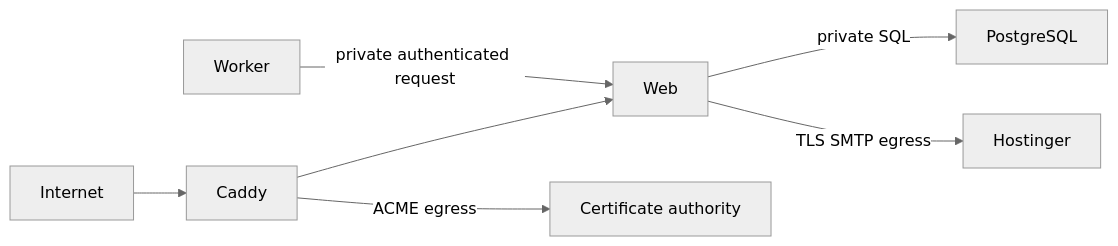
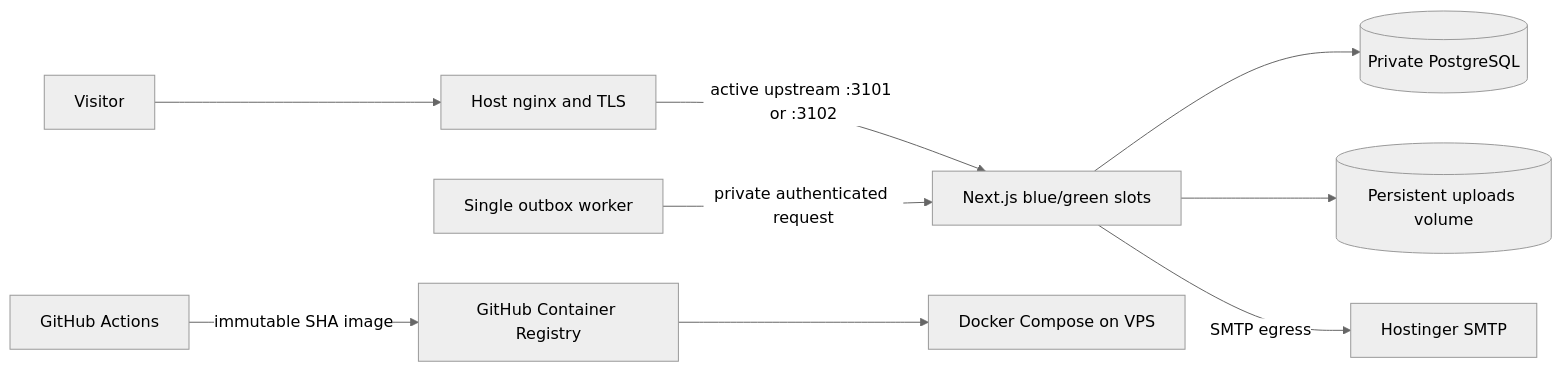
The diagram in docs/phase-4.9-final-production-hardening/02-production-architecture.md (Yousef-Abdallah-1711/rakmyat-site), drawn with Mermaid (neutral theme) before and after one commit. The commit also changed other lines of this file and 16 other files, not shown here.

Commit message:
feat: add Docker dev and blue-green CI/CD

````diff
--- a/docs/phase-4.9-final-production-hardening/02-production-architecture.md
+++ b/docs/phase-4.9-final-production-hardening/02-production-architecture.md
@@ -9,9 +9,11 @@
 ```mermaid
 flowchart LR
-  Internet --> Caddy
-  Caddy --> Web
-  Worker -->|private authenticated request| Web
-  Web -->|private SQL| PostgreSQL
-  Web -->|TLS SMTP egress| Hostinger
-  Caddy -->|ACME egress| CA[Certificate authority]
+  Visitor --> Nginx[Host nginx and TLS]
+  Nginx -->|active upstream :3101 or :3102| App[Next.js blue/green slots]
+  App --> PostgreSQL[(Private PostgreSQL)]
+  App --> Uploads[(Persistent uploads volume)]
+  Worker[Single outbox worker] -->|private authenticated request| App
+  App -->|SMTP egress| Mail[Hostinger SMTP]
+  GitHub[GitHub Actions] -->|immutable SHA image| GHCR[GitHub Container Registry]
+  GHCR --> VPS[Docker Compose on VPS]
 ```
````
